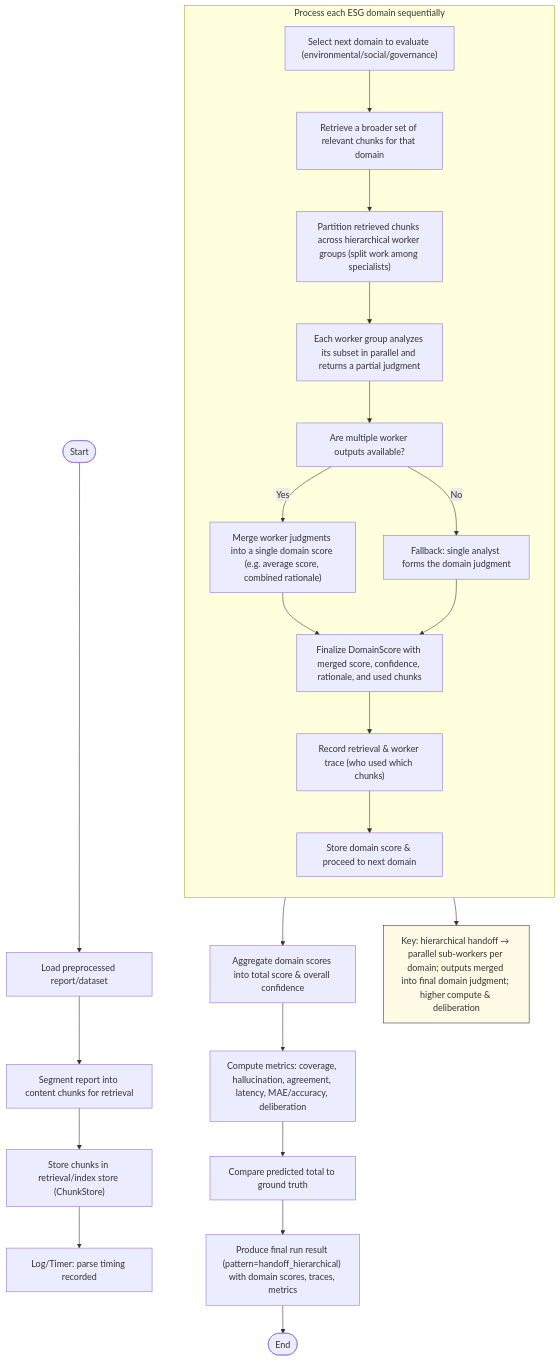
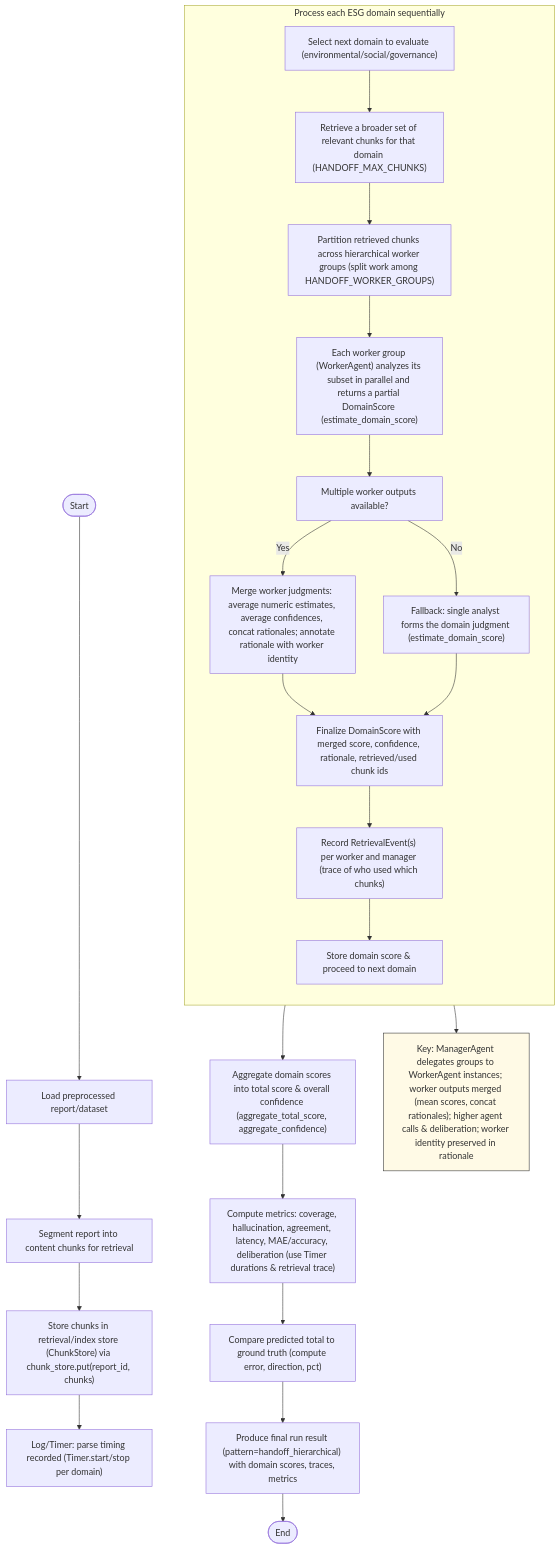
The diagram in flowcharts/handoff_hierarchical.mmd (hate-bugs/Group2-aaib-esg-multi-agent-system-project-template), drawn with Mermaid before and after one commit. The commit also changed 2 other files, not shown here.

Commit message:
Flowcharts

```diff
--- a/flowcharts/handoff_hierarchical.mmd
+++ b/flowcharts/handoff_hierarchical.mmd
@@ -1,31 +1,31 @@
 flowchart TD
-  %% Handoff Hierarchical ESG Flow (conceptual)
+  %% Handoff Hierarchical ESG Flow (conceptual, updated to reflect code changes)
   Start([Start]) --> LoadData["Load preprocessed report/dataset"]
   LoadData --> Segment["Segment report into content chunks for retrieval"]
-  Segment --> Store["Store chunks in retrieval/index store (ChunkStore)"]
-  Store --> Prepare["Log/Timer: parse timing recorded"]
+  Segment --> Store["Store chunks in retrieval/index store (ChunkStore) via chunk_store.put(report_id, chunks)"]
+  Store --> Prepare["Log/Timer: parse timing recorded (Timer.start/stop per domain)"]
 
   subgraph DomainLoop [Process each ESG domain sequentially]
     direction TB
-    DomainStart["Select next domain to evaluate (environmental/social/governance)"] --> Retrieve["Retrieve a broader set of relevant chunks for that domain"]
-    Retrieve --> Partition["Partition retrieved chunks across hierarchical worker groups (split work among specialists)"]
-    Partition --> ParallelWorkers["Each worker group analyzes its subset in parallel and returns a partial judgment"]
-    ParallelWorkers --> MergeDecision["Are multiple worker outputs available?"]
-    MergeDecision -- Yes --> Merge["Merge worker judgments into a single domain score (e.g. average score, combined rationale)"]
-    MergeDecision -- No --> SingleAnalyst["Fallback: single analyst forms the domain judgment"]
-    Merge --> FinalizeDomain["Finalize DomainScore with merged score, confidence, rationale, and used chunks"]
+    DomainStart["Select next domain to evaluate (environmental/social/governance)"] --> Retrieve["Retrieve a broader set of relevant chunks for that domain (HANDOFF_MAX_CHUNKS)"]
+    Retrieve --> Partition["Partition retrieved chunks across hierarchical worker groups (split work among HANDOFF_WORKER_GROUPS)"]
+    Partition --> ParallelWorkers["Each worker group (WorkerAgent) analyzes its subset in parallel and returns a partial DomainScore (estimate_domain_score)"]
+    ParallelWorkers --> MergeDecision["Multiple worker outputs available?"]
+    MergeDecision -- Yes --> Merge["Merge worker judgments: average numeric estimates, average confidences, concat rationales; annotate rationale with worker identity"]
+    MergeDecision -- No --> SingleAnalyst["Fallback: single analyst forms the domain judgment (estimate_domain_score)"]
+    Merge --> FinalizeDomain["Finalize DomainScore with merged score, confidence, rationale, retrieved/used chunk ids"]
     SingleAnalyst --> FinalizeDomain
-    FinalizeDomain --> RecordTrace["Record retrieval & worker trace (who used which chunks)"]
+    FinalizeDomain --> RecordTrace["Record RetrievalEvent(s) per worker and manager (trace of who used which chunks)"]
     RecordTrace --> NextDomain["Store domain score & proceed to next domain"]
   end
 
-  DomainLoop --> Aggregate["Aggregate domain scores into total score & overall confidence"]
-  Aggregate --> Evaluate["Compute metrics: coverage, hallucination, agreement, latency, MAE/accuracy, deliberation"]
-  Evaluate --> Compare["Compare predicted total to ground truth"]
+  DomainLoop --> Aggregate["Aggregate domain scores into total score & overall confidence (aggregate_total_score, aggregate_confidence)"]
+  Aggregate --> Evaluate["Compute metrics: coverage, hallucination, agreement, latency, MAE/accuracy, deliberation (use Timer durations & retrieval trace)"]
+  Evaluate --> Compare["Compare predicted total to ground truth (compute error, direction, pct)"]
   Compare --> Result["Produce final run result (pattern=handoff_hierarchical) with domain scores, traces, metrics"]
   Result --> End([End])
 
-  %% Key differences: hierarchical handoff divides work across worker groups, then aggregates — more agent calls, increased deliberation and potential for richer rationales
+  %% Key differences: hierarchical handoff uses ManagerAgent/WorkerAgent, delegates groups via ThreadPoolExecutor; records worker-level RetrievalEvents and a manager-level handoff event; uses HANDOFF_MAX_CHUNKS and HANDOFF_WORKER_GROUPS
   classDef note fill:#fffae6,stroke:#333,stroke-width:1px;
-  Note["Key: hierarchical handoff → parallel sub-workers per domain; outputs merged into final domain judgment; higher compute & deliberation"]:::note
+  Note["Key: ManagerAgent delegates groups to WorkerAgent instances; worker outputs merged (mean scores, concat rationales); higher agent calls & deliberation; worker identity preserved in rationale"]:::note
   DomainLoop --> Note
```
